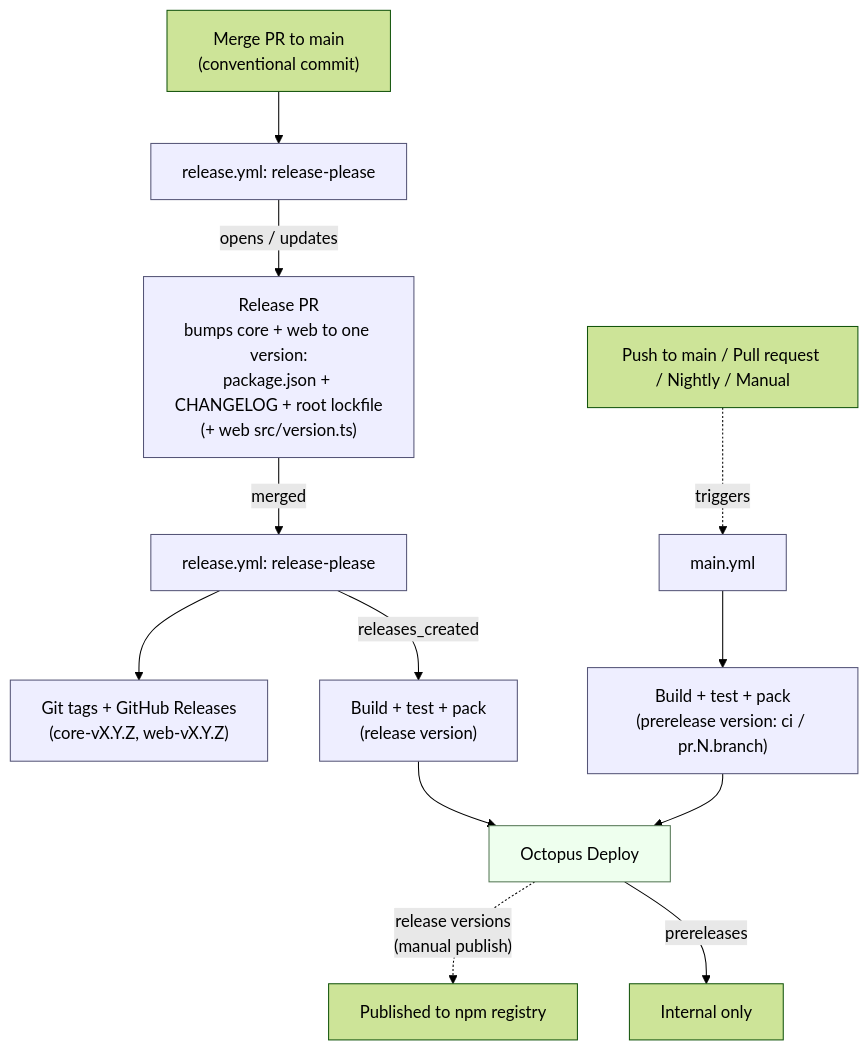
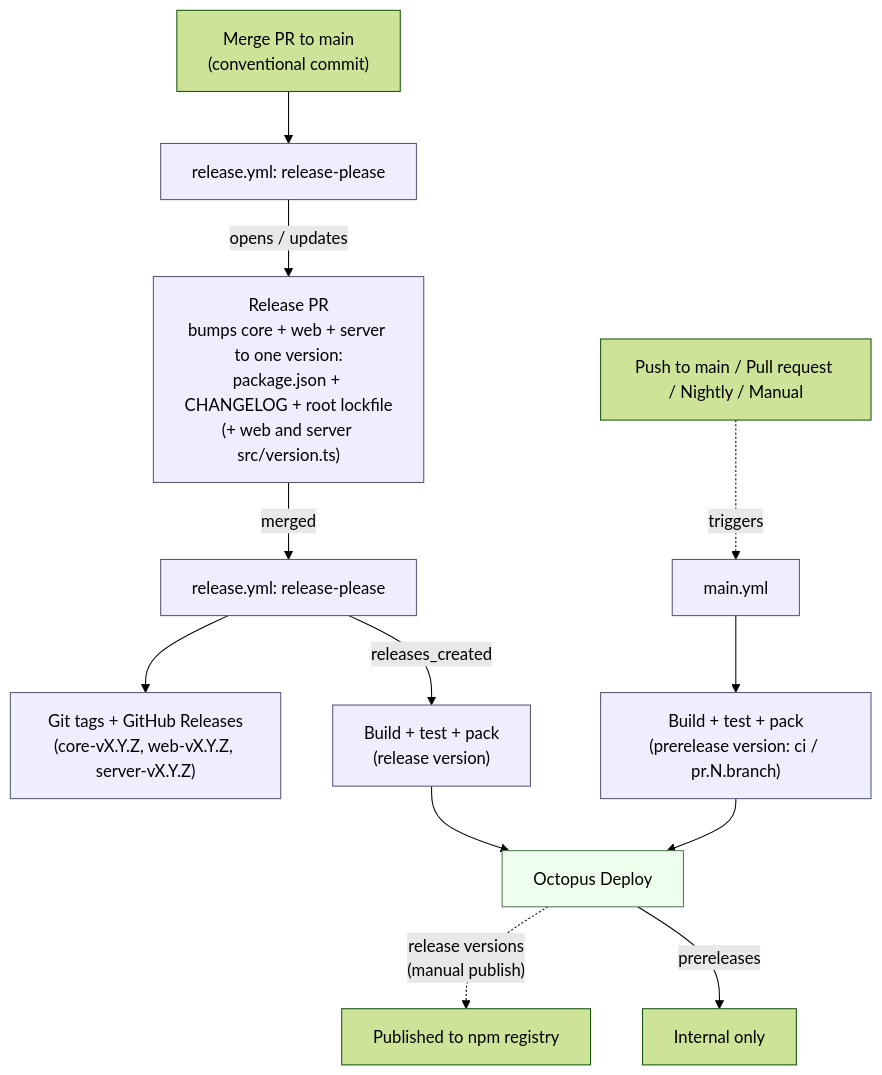
One commit to OctopusDeploy/openfeature-provider-ts-web changed the diagram in RELEASING.md. Above: the diagram before and after it, drawn with Mermaid (forest theme). The commit also changed other lines of this file and 6 other files, not shown here.

First line of the commit message:
feat: server beta release

````diff
--- a/RELEASING.md
+++ b/RELEASING.md
@@ -7,24 +7,24 @@
 ```mermaid
 flowchart TD
     PR["Merge PR to main<br/>(conventional commit)"]
     TRIG["Push to main / Pull request / Nightly / Manual"]
 
     PR --> RP["release.yml: release-please"]
     TRIG -. "triggers" .-> CI["main.yml"]
 
-    RP -->|"opens / updates"| RPR["Release PR<br/>bumps core + web to one version:<br/>package.json + CHANGELOG + root lockfile<br/>(+ web src/version.ts)"]
+    RP -->|"opens / updates"| RPR["Release PR<br/>bumps core + web + server to one version:<br/>package.json + CHANGELOG + root lockfile<br/>(+ web and server src/version.ts)"]
     RPR -->|"merged"| RP2["release.yml: release-please"]
-    RP2 --> TAG["Git tags + GitHub Releases<br/>(core-vX.Y.Z, web-vX.Y.Z)"]
+    RP2 --> TAG["Git tags + GitHub Releases<br/>(core-vX.Y.Z, web-vX.Y.Z, server-vX.Y.Z)"]
     RP2 -->|"releases_created"| ACTR["Build + test + pack<br/>(release version)"]
     CI --> ACTP["Build + test + pack<br/>(prerelease version: ci / pr.N.branch)"]
 
     ACTR --> OCT["Octopus Deploy"]
     ACTP --> OCT
     OCT -. "release versions<br/>(manual publish)" .-> PUB["Published to npm registry"]
     OCT -->|"prereleases"| PRE["Internal only"]
 
     classDef gh fill:#eef,stroke:#557;
     classDef oct fill:#efe,stroke:#575;
     class RP,RPR,RP2,TAG,CI,ACTR,ACTP gh;
     class OCT oct;
 ```
````
